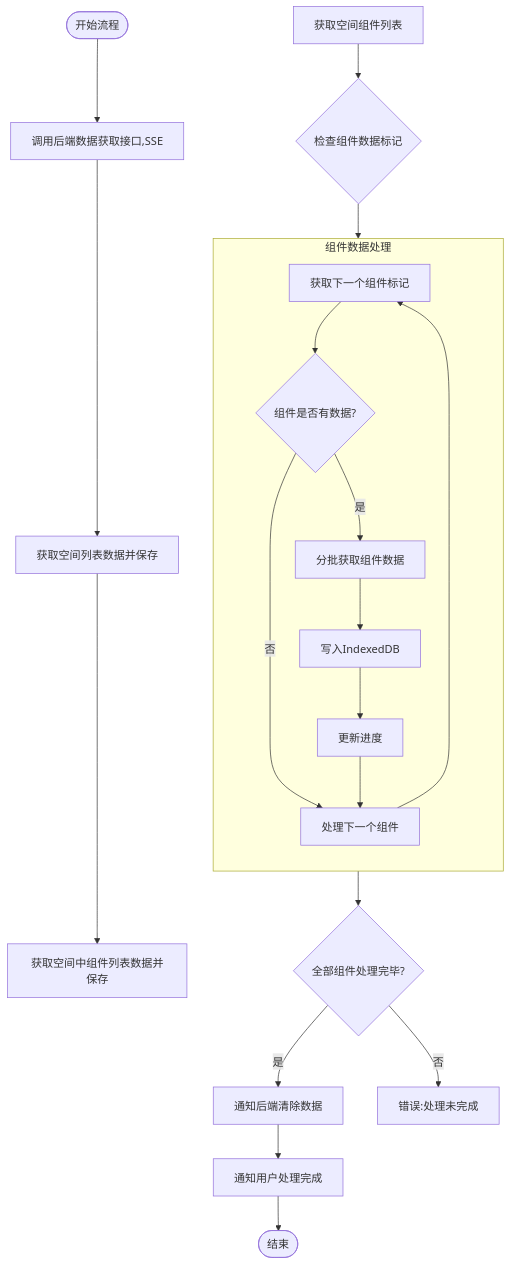
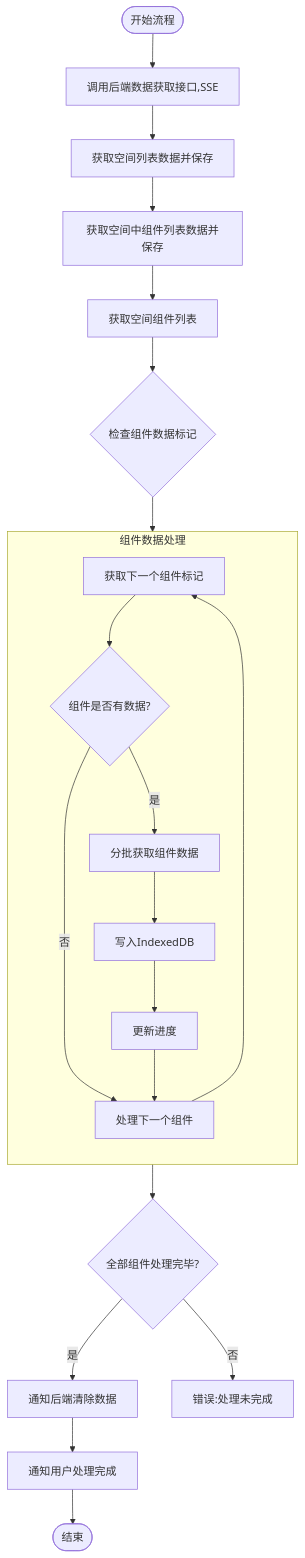
The diagram in all/未命名-59.md (yingjianzh/iodraw-files), drawn with Mermaid before and after one commit.

Commit message:
2025-05-14 14:53:05 update

````diff
--- a/all/未命名-59.md
+++ b/all/未命名-59.md
@@ -1,32 +1,33 @@
 ```mermaid
 
 flowchart TD
     Start([开始流程]) --> FetchData[调用后端数据获取接口,SSE]
     FetchData --> FetchSpaceData[获取空间列表数据并保存]
     FetchSpaceData --> FetchSpaceComponent[获取空间中组件列表数据并保存]
-    FetchSpaceComponent
+    
+    FetchSpaceComponent --> 
     
     FetchComponentList[获取空间组件列表]
     FetchComponentList --> CheckComponentData{检查组件数据标记}
     
     subgraph ComponentProcess [组件数据处理]
         direction TB
         A[获取下一个组件标记] --> B{组件是否有数据?}
         B -->|否| NextComponent[处理下一个组件]
         B -->|是| C[分批获取组件数据]
         C --> D[写入IndexedDB]
         D --> UpdateProgress[更新进度]
         UpdateProgress --> NextComponent
         NextComponent --> A
     end
     
     CheckComponentData --> ComponentProcess
     ComponentProcess --> AllComponentsProcessed{全部组件处理完毕?}
     
     AllComponentsProcessed -->|是| ClearServerData[通知后端清除数据]
     AllComponentsProcessed -->|否| Error3[错误:处理未完成]
     
     ClearServerData --> CompletionNotification[通知用户处理完成]
     CompletionNotification --> End([结束])
 
 ```
````
